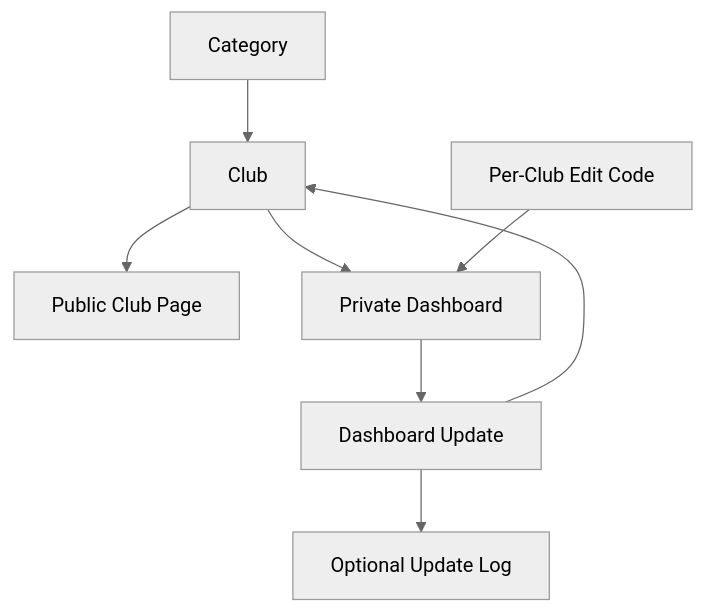
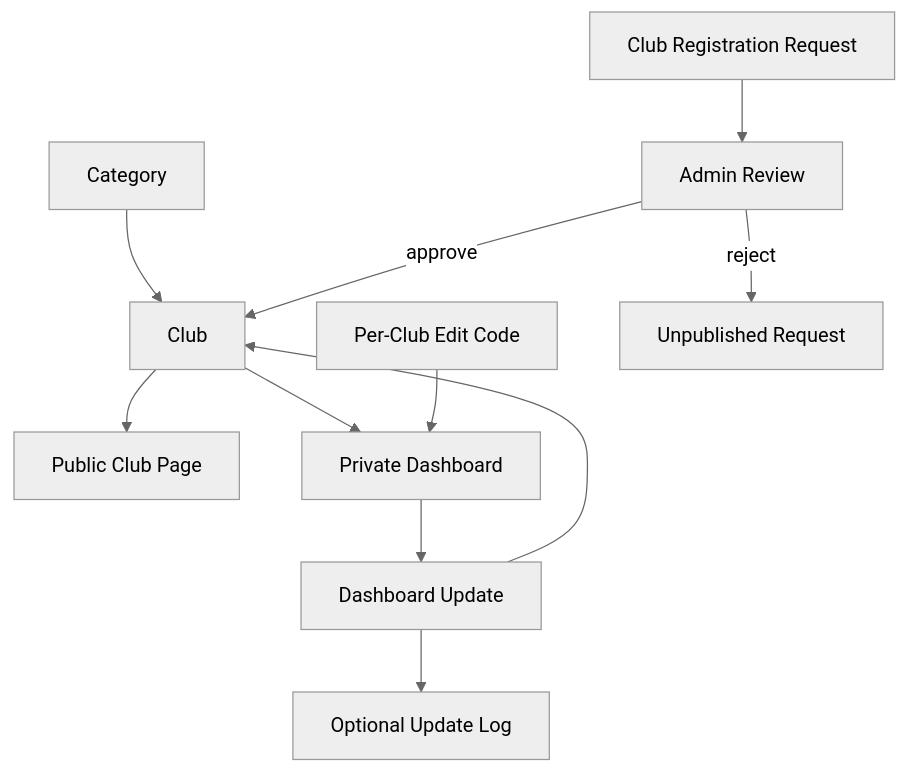
One commit to Spec700/BruinLink changed the third of 3 diagrams in BruinLink-PRD.md. Above: the diagram before and after it, drawn with Mermaid (neutral theme). The commit also changed other lines of this file and 11 other files, not shown here.

Commit message:
Add club registration admin review workflow

````diff
--- a/BruinLink-PRD.md
+++ b/BruinLink-PRD.md
@@ -523,10 +691,13 @@
 ```mermaid
 flowchart TD
     C[Club] --> P[Public Club Page]
     G[Category] --> C
     C --> D[Private Dashboard]
     E[Per-Club Edit Code] --> D
     D --> U[Dashboard Update]
     U --> C
     U --> L[Optional Update Log]
+    R[Club Registration Request] --> A[Admin Review]
+    A -->|approve| C
+    A -->|reject| X[Unpublished Request]
 ```
````
